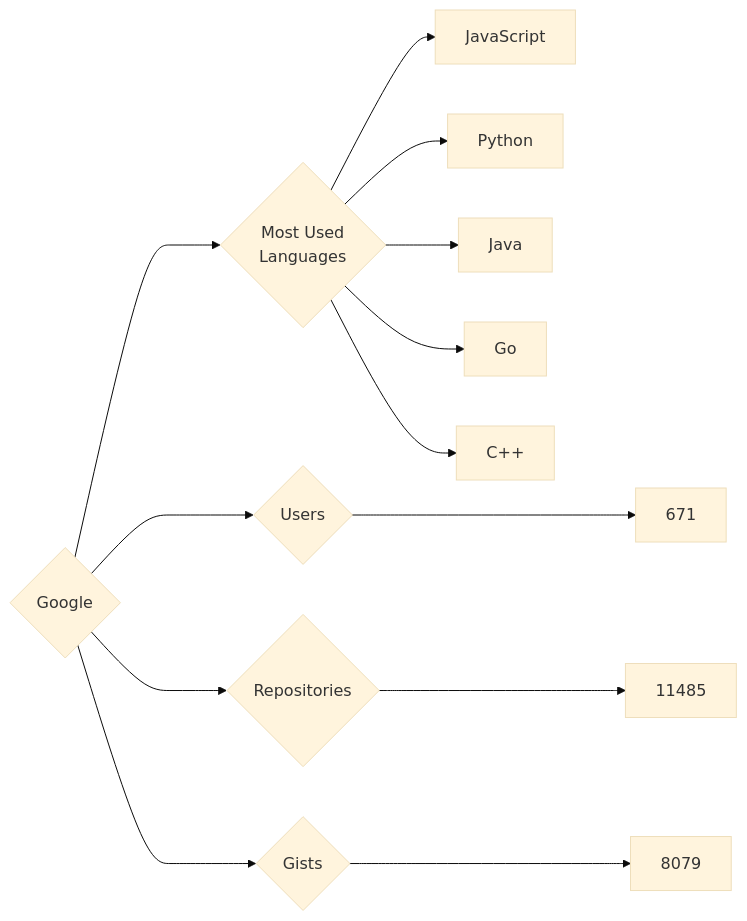
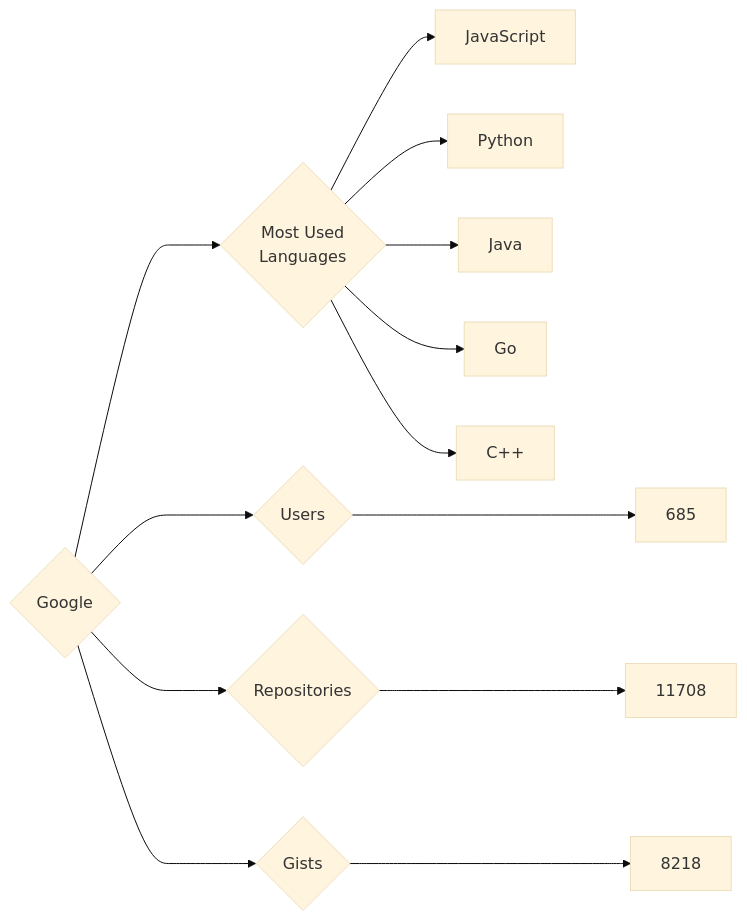
One commit to trickest/insiders changed the diagram in targets/Google/README.md. Above: the diagram before and after it, drawn with Mermaid (base theme). The commit also changed 814 other files, not shown here.

````diff
--- a/targets/Google/README.md
+++ b/targets/Google/README.md
@@ -3,13 +3,13 @@
 ```mermaid
 graph LR
 COMPANY_NAME{Google}
-COMPANY_NAME ---> U{Users} ---> UN[671]
-COMPANY_NAME ---> R{Repositories} ---> RN[11485]
-COMPANY_NAME ---> G{Gists} ---> GN[8079]
+COMPANY_NAME ---> U{Users} ---> UN[685]
+COMPANY_NAME ---> R{Repositories} ---> RN[11708]
+COMPANY_NAME ---> G{Gists} ---> GN[8218]
 COMPANY_NAME ---> ML{Most Used<br>Languages}
 ML --> JavaScript[JavaScript]
 ML --> Python[Python]
 ML --> Java[Java]
 ML --> Go[Go]
 ML --> C++[C++]
 ```
````
